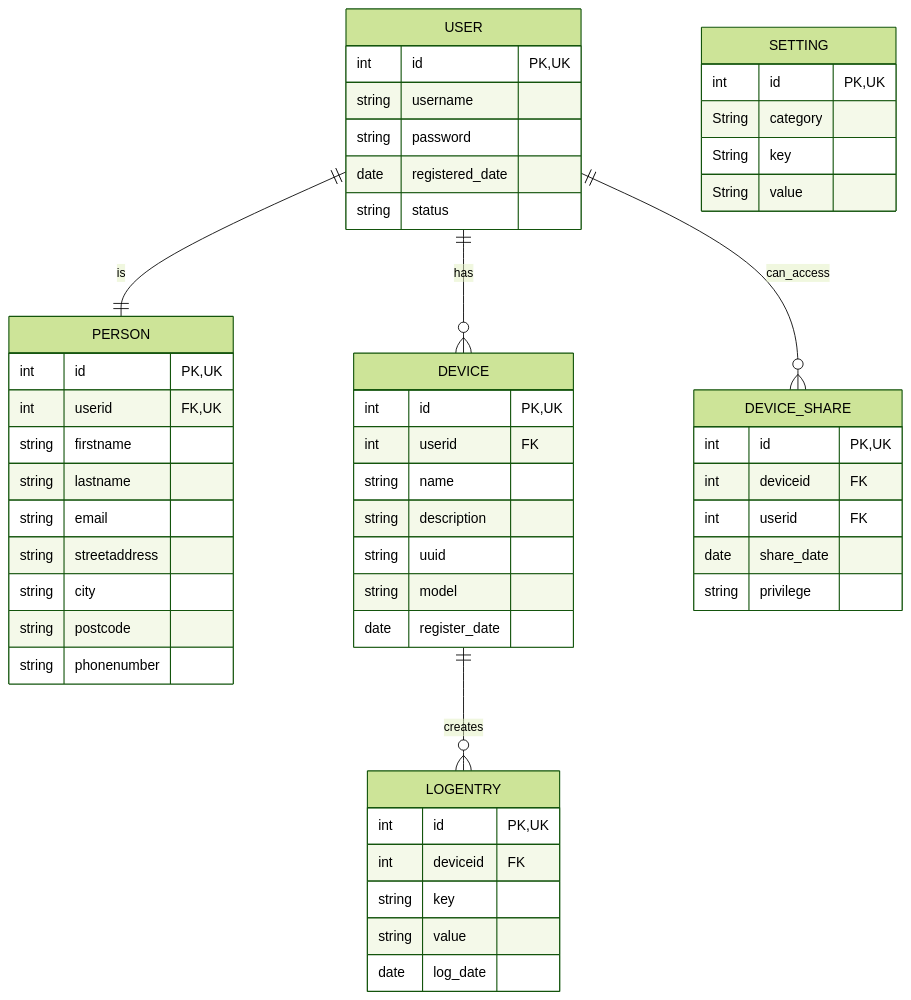
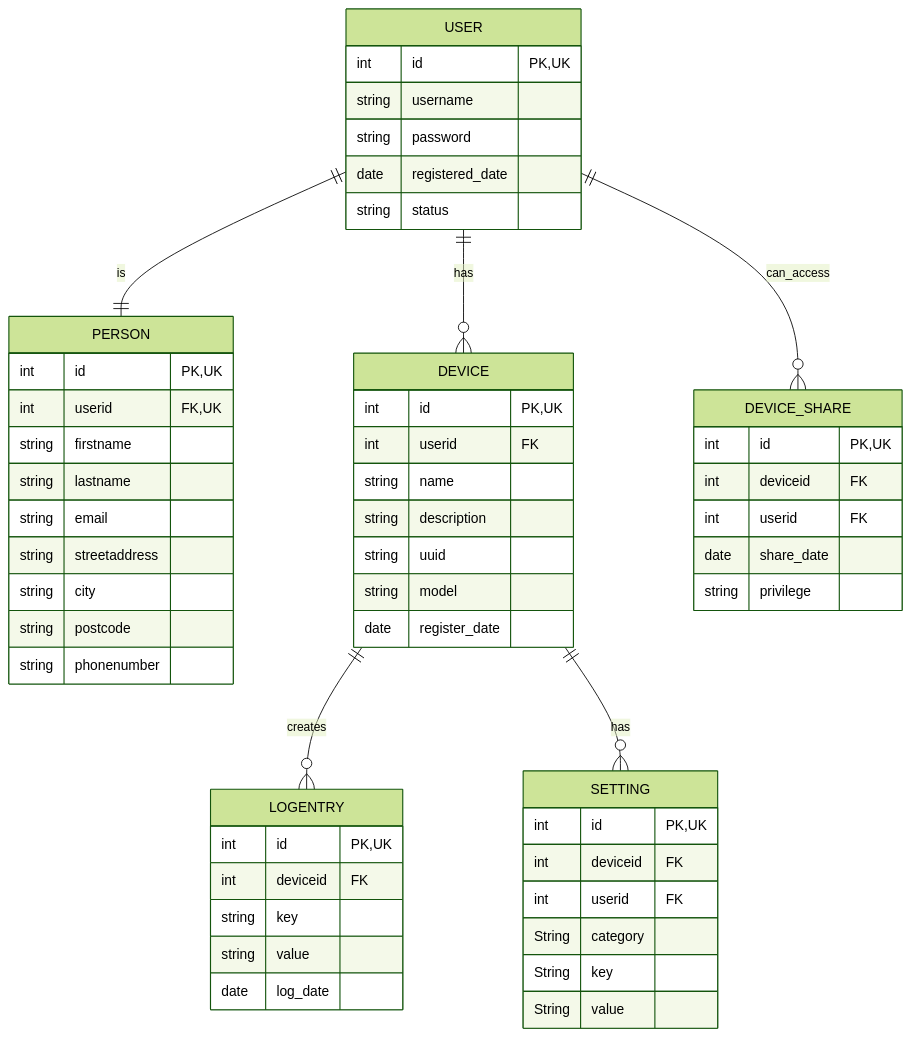
The diagram in README.md (0x6A4B/OTP1), drawn with Mermaid (forest theme) before and after one commit. The commit also changed 2 other files, not shown here.

Commit message:
db updated, uml updated

````diff
--- a/README.md
+++ b/README.md
@@ -58,62 +59,64 @@
 ```mermaid
 
 erDiagram
     USER 1--1 PERSON : is
     USER 1--0+ DEVICE : has
     DEVICE 1--0+ LOGENTRY : creates
     USER 1--0+ DEVICE_SHARE : can_access
+    DEVICE 1--0+ SETTING : has
 
     USER {
         int id PK,UK
         string username
         string password
         date registered_date
         string status
     }
 
     PERSON {
         int id PK,UK
         int userid FK,UK
         string firstname
         string lastname
         string email
         string streetaddress
         string city
         string postcode
         string phonenumber
     }
 
     DEVICE {
         int id PK,UK
         int userid FK 
         string name
         string description
         string uuid
         string model
         date register_date
     }
 
     LOGENTRY {
         int id PK,UK
         int deviceid FK
         string key
         string value
         date log_date
     }
 
     DEVICE_SHARE {
         int id PK,UK
         int deviceid FK
         int userid FK
         date share_date
         string privilege
     }
 
     SETTING {
         int id PK,UK
+        int deviceid FK
+        int userid FK
         String category
         String key
         String value
     }
-
 ```
````
